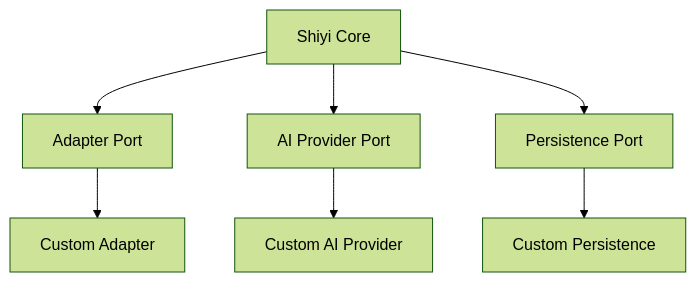
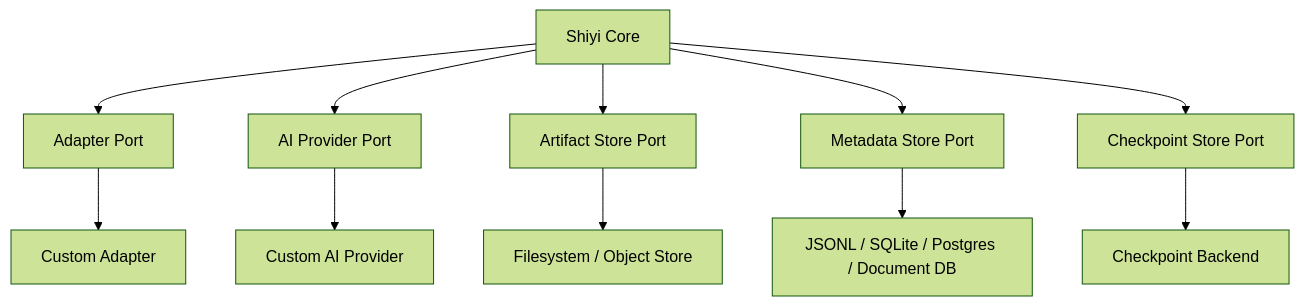
Before and after one commit to LoveOrange/shiyi: the diagram in docs/architecture.md, drawn with Mermaid (forest theme). The commit also changed other lines of this file and 3 other files, not shown here.

````diff
--- a/docs/architecture.md
+++ b/docs/architecture.md
@@ -66,10 +69,14 @@
 ```mermaid
 flowchart TB
   Core[Shiyi Core]
   Core --> AdapterPort[Adapter Port]
   Core --> AIProviderPort[AI Provider Port]
-  Core --> PersistencePort[Persistence Port]
+  Core --> ArtifactStorePort[Artifact Store Port]
+  Core --> MetadataStorePort[Metadata Store Port]
+  Core --> CheckpointStorePort[Checkpoint Store Port]
   AdapterPort --> CustomAdapter[Custom Adapter]
   AIProviderPort --> CustomAI[Custom AI Provider]
-  PersistencePort --> CustomStore[Custom Persistence]
+  ArtifactStorePort --> FileSystem[Filesystem / Object Store]
+  MetadataStorePort --> MetadataBackend[JSONL / SQLite / Postgres / Document DB]
+  CheckpointStorePort --> CheckpointBackend[Checkpoint Backend]
 ```
````
